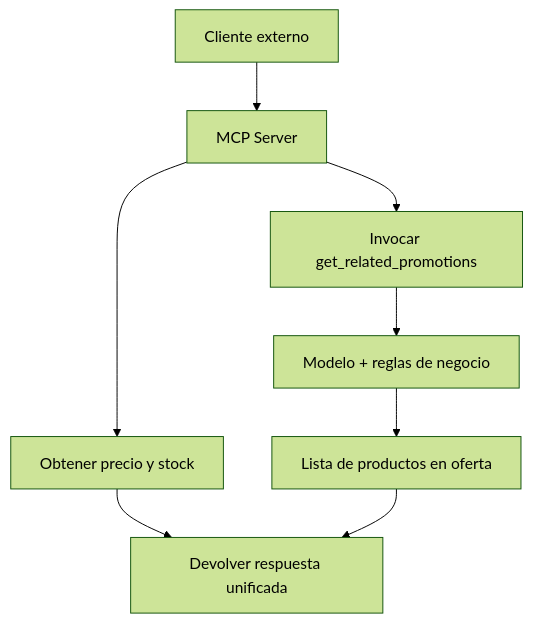
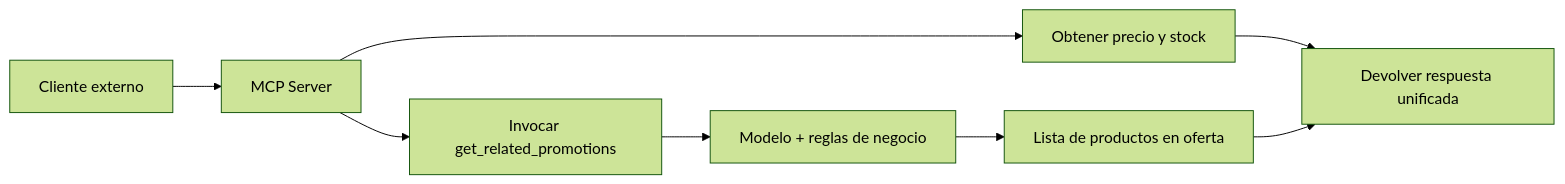
The diagram in slides.md (galiprandi/mcp-vs-fnc), drawn with Mermaid (forest theme) before and after one commit. The commit also changed other lines of this file, not shown here.

````diff
--- a/slides.md
+++ b/slides.md
@@ -53,10 +55,10 @@
 ```mermaid
-graph TD
+graph LR
     A[Cliente externo] --> B[MCP Server]
     B --> C[Obtener precio y stock]
     B --> D[Invocar get_related_promotions]
     D --> E[Modelo + reglas de negocio]
     E --> F[Lista de productos en oferta]
     C --> G[Devolver respuesta unificada]
     F --> G
 ```
````
